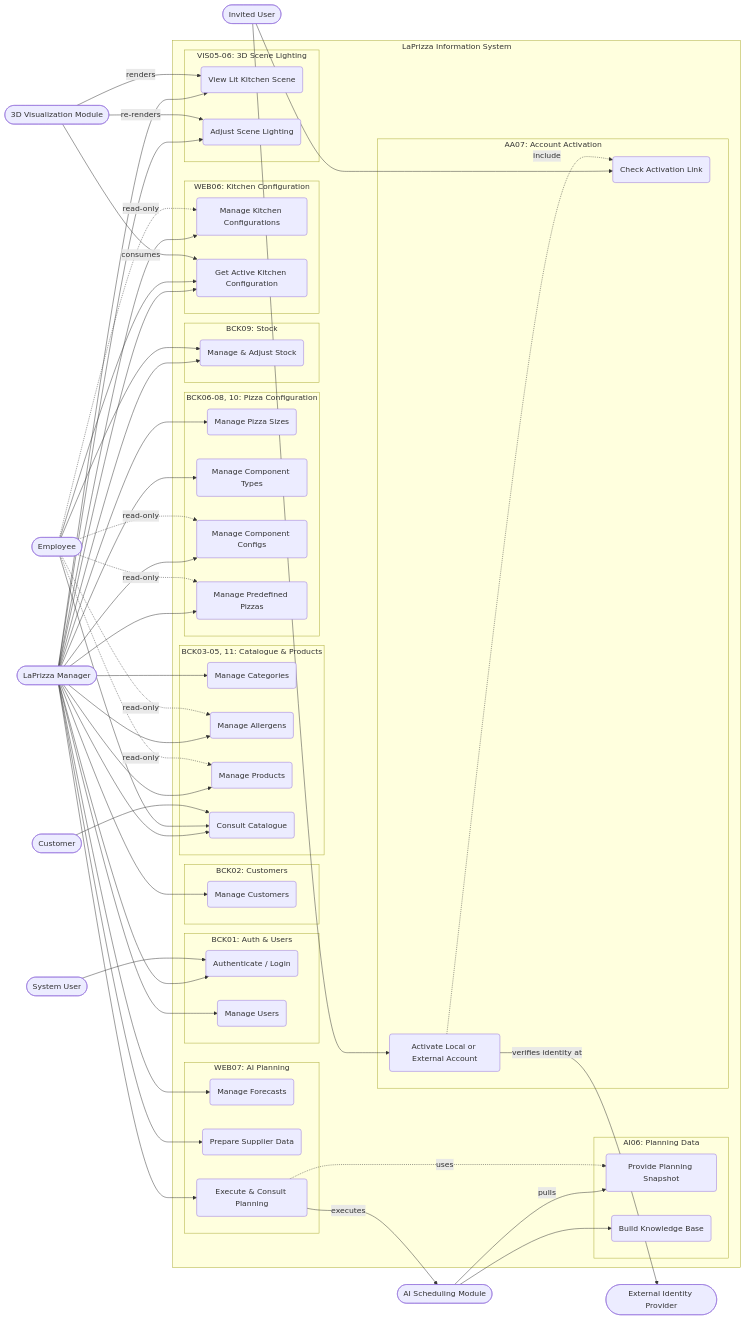
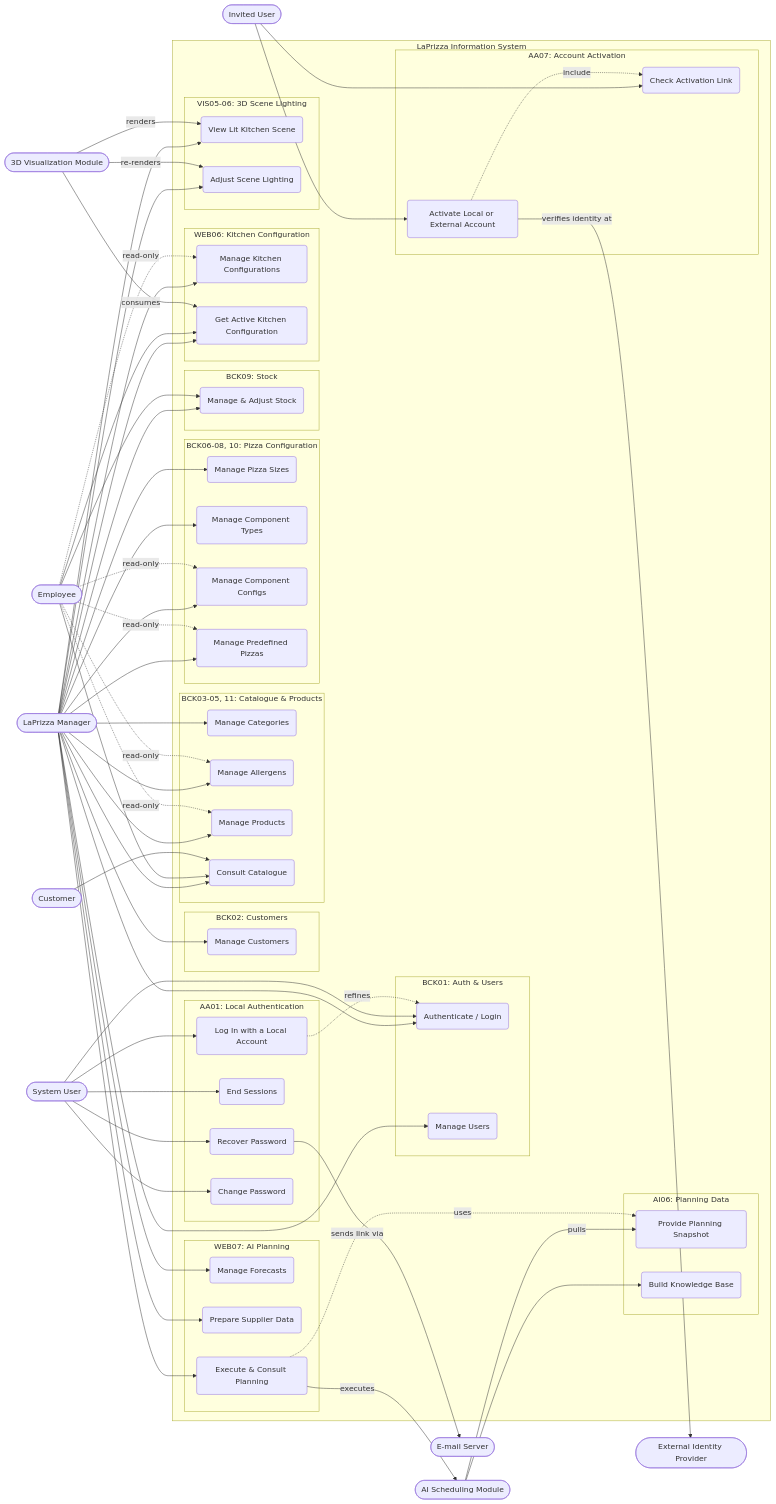
Before and after one commit to ivasduarte/laprizza: the diagram in docs/analysis/diagrams/use-case-views/global-use-case-view.mermaid, drawn with Mermaid. The commit also changed 16 other files, not shown here.

Commit message:
docs(AA01): local authentication (#414)

```diff
--- a/docs/analysis/diagrams/use-case-views/global-use-case-view.mermaid
+++ b/docs/analysis/diagrams/use-case-views/global-use-case-view.mermaid
@@ -1,101 +1,115 @@
 flowchart LR
     Manager([LaPrizza Manager])
     SystemUser([System User])
     Employee([Employee])
     Customer([Customer])
     Viz3D([3D Visualization Module])
     AI([AI Scheduling Module])
     InvitedUser([Invited User])
     IdP([External Identity Provider])
+    Mail([E-mail Server])
 
     subgraph System [LaPrizza Information System]
         subgraph Auth [BCK01: Auth & Users]
             UC_Auth(Authenticate / Login)
             UC_Users(Manage Users)
         end
         subgraph Cust [BCK02: Customers]
             UC_Cust(Manage Customers)
         end
         subgraph Catalog [BCK03-05, 11: Catalogue & Products]
             UC_Cat(Manage Categories)
             UC_Allergens(Manage Allergens)
             UC_Prod(Manage Products)
             UC_Catalog(Consult Catalogue)
         end
         subgraph Config [BCK06-08, 10: Pizza Configuration]
             UC_Sizes(Manage Pizza Sizes)
             UC_Types(Manage Component Types)
             UC_Configs(Manage Component Configs)
             UC_Predef(Manage Predefined Pizzas)
         end
         subgraph Stock [BCK09: Stock]
             UC_Stock(Manage & Adjust Stock)
         end
         subgraph Kitchen [WEB06: Kitchen Configuration]
             UC_Kitchen(Manage Kitchen Configurations)
             UC_ActiveKitchen(Get Active Kitchen Configuration)
         end
         subgraph Planning [WEB07: AI Planning]
             UC_Forecasts(Manage Forecasts)
             UC_Suppliers(Prepare Supplier Data)
             UC_Planning(Execute & Consult Planning)
         end
         subgraph Lighting [VIS05-06: 3D Scene Lighting]
             UC_Lit(View Lit Kitchen Scene)
             UC_AdjustLight(Adjust Scene Lighting)
         end
         subgraph PlanningData [AI06: Planning Data]
             UC_Snapshot(Provide Planning Snapshot)
             UC_KB(Build Knowledge Base)
         end
+        subgraph LocalAuth [AA01: Local Authentication]
+            UC_LocalLogin(Log In with a Local Account)
+            UC_EndSessions(End Sessions)
+            UC_RecoverPwd(Recover Password)
+            UC_ChangePwd(Change Password)
+        end
         subgraph Activation [AA07: Account Activation]
             UC_CheckLink(Check Activation Link)
             UC_Activate(Activate Local or External Account)
         end
     end
 
     Manager --> UC_Auth
     Manager --> UC_Users
     Manager --> UC_Cust
     Manager --> UC_Cat
     Manager --> UC_Allergens
     Manager --> UC_Prod
     Manager --> UC_Sizes
     Manager --> UC_Types
     Manager --> UC_Configs
     Manager --> UC_Predef
     Manager --> UC_Stock
     Manager --> UC_Catalog
     Manager --> UC_Kitchen
     Manager --> UC_ActiveKitchen
     Manager --> UC_Forecasts
     Manager --> UC_Suppliers
     Manager --> UC_Planning
     Manager --> UC_Lit
     Manager --> UC_AdjustLight
 
     SystemUser --> UC_Auth
+    SystemUser --> UC_LocalLogin
+    SystemUser --> UC_EndSessions
+    SystemUser --> UC_RecoverPwd
+    SystemUser --> UC_ChangePwd
 
     Employee -.->|read-only| UC_Allergens
     Employee -.->|read-only| UC_Prod
     Employee -.->|read-only| UC_Configs
     Employee -.->|read-only| UC_Predef
     Employee -.->|read-only| UC_Kitchen
     Employee --> UC_ActiveKitchen
     Employee --> UC_Stock
     Employee --> UC_Catalog
 
     Customer --> UC_Catalog
 
     Viz3D -->|consumes| UC_ActiveKitchen
     Viz3D -->|renders| UC_Lit
     Viz3D -->|re-renders| UC_AdjustLight
     UC_Planning -->|executes| AI
     AI -->|pulls| UC_Snapshot
     AI --> UC_KB
     UC_Planning -.->|uses| UC_Snapshot
 
     InvitedUser --> UC_CheckLink
     InvitedUser --> UC_Activate
     UC_Activate -.->|include| UC_CheckLink
     UC_Activate -->|verifies identity at| IdP
+
+    UC_RecoverPwd -->|sends link via| Mail
+    UC_LocalLogin -.->|refines| UC_Auth
```
